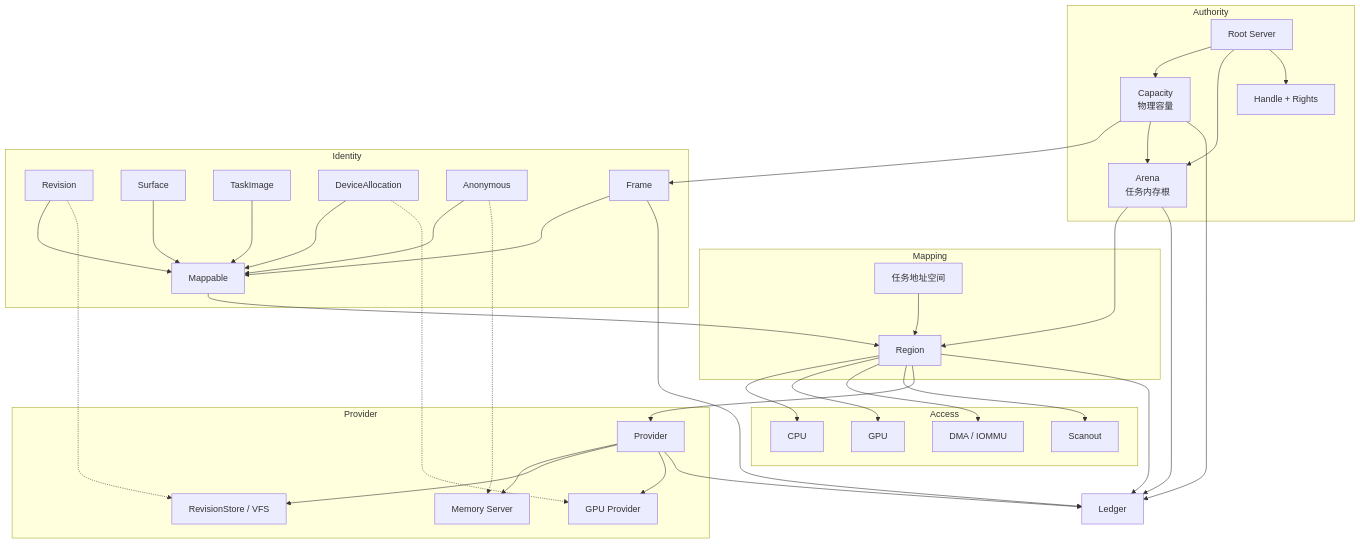
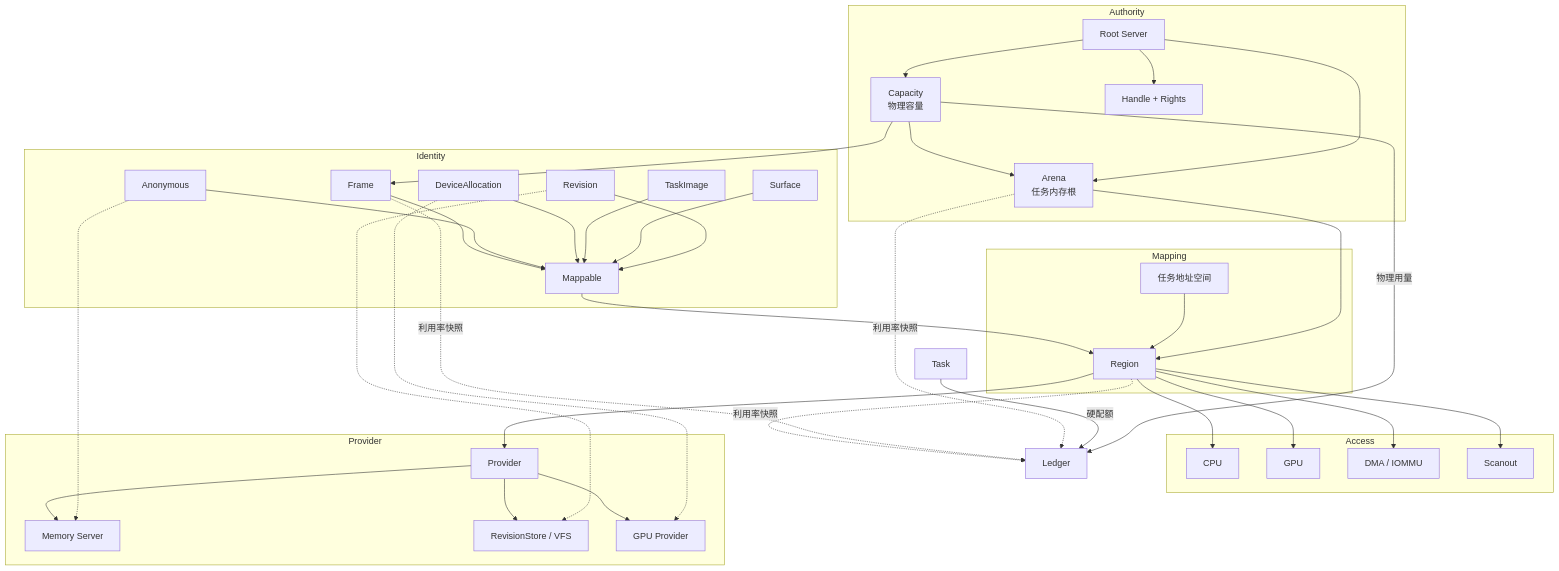
One commit to hongweifei/HolyKernel changed the first of 3 diagrams in docs/hmp.md. Above: the diagram before and after it, drawn with Mermaid. The commit also changed other lines of this file and 9 other files, not shown here.

````diff
--- a/docs/hmp.md
+++ b/docs/hmp.md
@@ -28,75 +28,75 @@
 ```mermaid
 flowchart TB
   subgraph Authority["Authority"]
     Root["Root Server"]
     Capacity["Capacity<br/>物理容量"]
     Arena["Arena<br/>任务内存根"]
     Handle["Handle + Rights"]
   end
 
   subgraph Identity["Identity"]
     Revision["Revision"]
     Surface["Surface"]
     TaskImage["TaskImage"]
     Device["DeviceAllocation"]
     Anonymous["Anonymous"]
     Frame["Frame"]
     Mappable["Mappable"]
   end
 
   subgraph Mapping["Mapping"]
     Region["Region"]
     Space["任务地址空间"]
   end
 
   subgraph Access["Access"]
     CPU["CPU"]
     GPU["GPU"]
     DMA["DMA / IOMMU"]
     Scanout["Scanout"]
   end
 
   subgraph Service["Provider"]
     Provider["Provider"]
     Mem["Memory Server"]
     Store["RevisionStore / VFS"]
     Gpu["GPU Provider"]
   end
 
   Ledger["Ledger"]
 
   Root --> Capacity
   Root --> Arena
   Root --> Handle
   Capacity --> Frame
   Capacity --> Arena
   Arena --> Region
   Space --> Region
 
   Revision --> Mappable
   Surface --> Mappable
   TaskImage --> Mappable
   Device --> Mappable
   Anonymous --> Mappable
   Frame --> Mappable
   Mappable --> Region
 
   Region --> CPU
   Region --> GPU
   Region --> DMA
   Region --> Scanout
 
   Revision -.-> Store
   Anonymous -.-> Mem
   Device -.-> Gpu
   Region --> Provider
   Provider --> Mem
   Provider --> Store
   Provider --> Gpu
 
-  Capacity --> Ledger
-  Arena --> Ledger
-  Frame --> Ledger
-  Region --> Ledger
-  Provider --> Ledger
+  Capacity -->|物理用量| Ledger
+  Task["Task"] -->|硬配额| Ledger
+  Arena -.->|利用率快照| Ledger
+  Frame -.->|利用率快照| Ledger
+  Region -.->|利用率快照| Ledger
 ```
````
